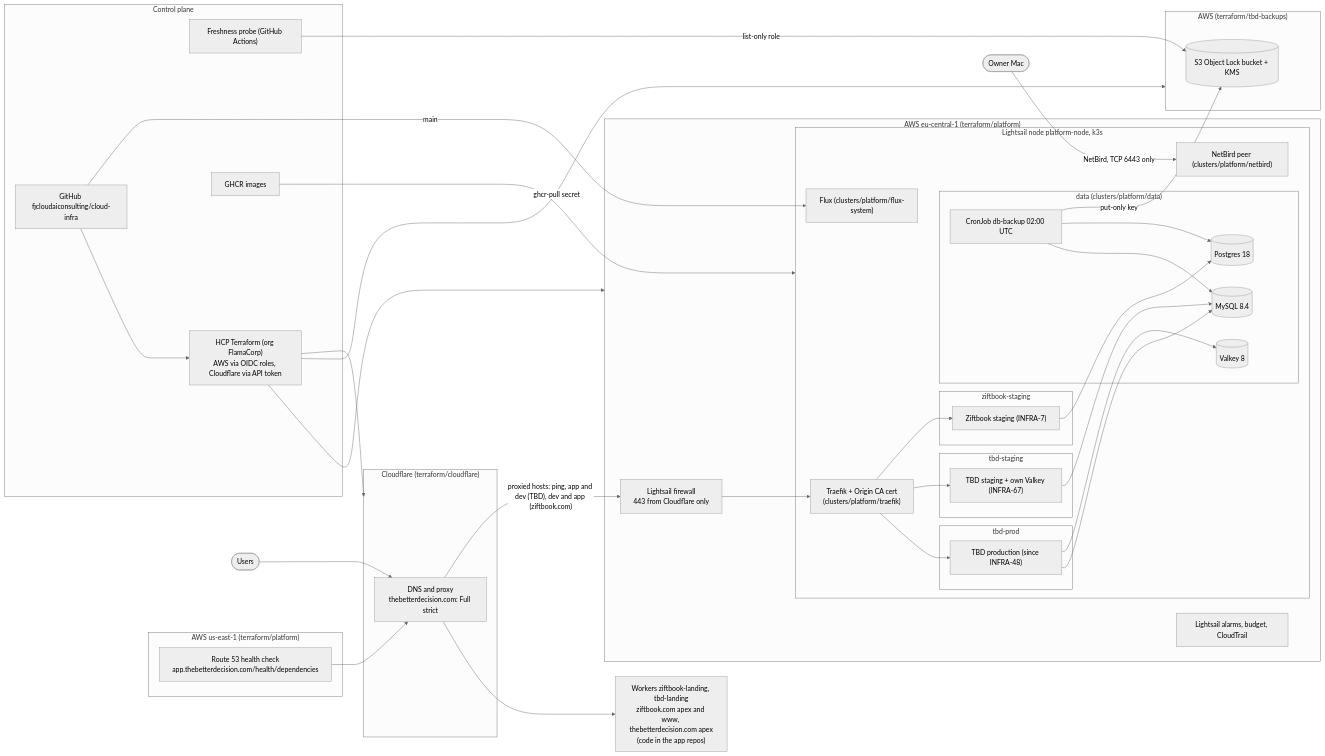
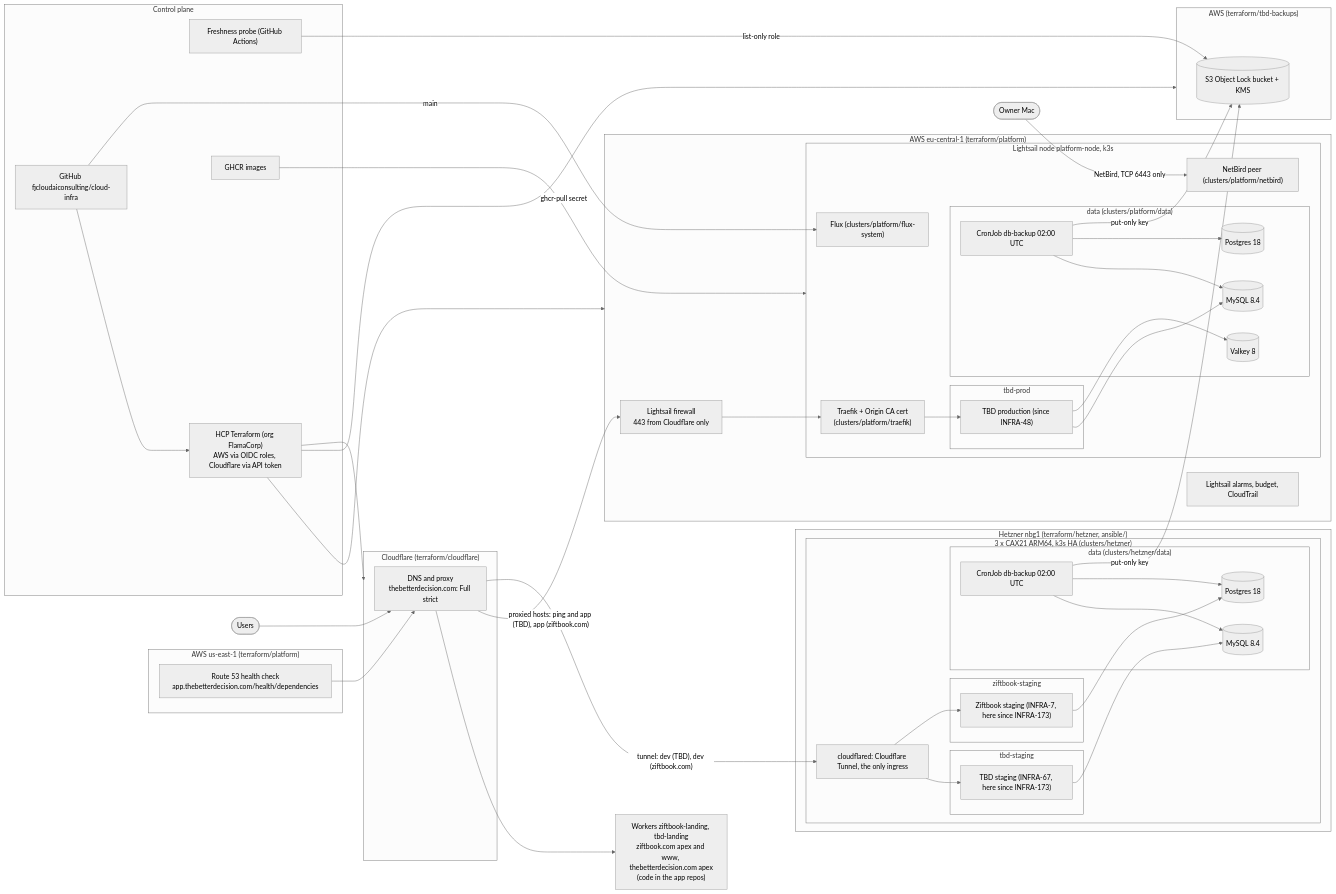
One commit to fjcloudaiconsulting/aws-infra changed the diagram in docs/architecture.md. Above: the diagram before and after it, drawn with Mermaid (neutral theme). The commit also changed other lines of this file and 20 other files, not shown here.

````diff
--- a/docs/architecture.md
+++ b/docs/architecture.md
@@ -7,63 +7,76 @@
 ```mermaid
 flowchart LR
   user([Users]) --> cf
 
   subgraph cloudflare["Cloudflare (terraform/cloudflare)"]
     cf["DNS and proxy<br/>thebetterdecision.com: Full strict"]
   end
   worker["Workers ziftbook-landing, tbd-landing<br/>ziftbook.com apex and www, thebetterdecision.com apex<br/>(code in the app repos)"]
   cf --> worker
 
   subgraph aws_platform["AWS eu-central-1 (terraform/platform)"]
     fw["Lightsail firewall<br/>443 from Cloudflare only"]
     subgraph node["Lightsail node platform-node, k3s"]
       traefik["Traefik + Origin CA cert<br/>(clusters/platform/traefik)"]
       subgraph ns_tbd["tbd-prod"]
         tbdapp["TBD production (since INFRA-48)"]
       end
-      subgraph ns_tbds["tbd-staging"]
-        tbdstg["TBD staging + own Valkey (INFRA-67)"]
-      end
-      subgraph ns_zif["ziftbook-staging"]
-        zifapp["Ziftbook staging (INFRA-7)"]
-      end
       subgraph ns_data["data (clusters/platform/data)"]
         mysql[("MySQL 8.4")]
         postgres[("Postgres 18")]
         valkey[("Valkey 8")]
         backup["CronJob db-backup 02:00 UTC"]
       end
       flux["Flux (clusters/platform/flux-system)"]
       netbird["NetBird peer (clusters/platform/netbird)"]
     end
     alarms["Lightsail alarms, budget, CloudTrail"]
   end
-  cf -->|"proxied hosts: ping, app and dev (TBD), dev and app (ziftbook.com)"| fw --> traefik
-  traefik --> tbdapp & tbdstg & zifapp
+  cf -->|"proxied hosts: ping and app (TBD), app (ziftbook.com)"| fw --> traefik
+  traefik --> tbdapp
   tbdapp --> mysql & valkey
-  tbdstg --> mysql
-  zifapp --> postgres
   backup --> mysql & postgres
+
+  subgraph hetzner["Hetzner nbg1 (terraform/hetzner, ansible/)"]
+    subgraph hk3s["3 x CAX21 ARM64, k3s HA (clusters/hetzner)"]
+      cfd["cloudflared: Cloudflare Tunnel, the only ingress"]
+      subgraph ns_tbds["tbd-staging"]
+        tbdstg["TBD staging (INFRA-67, here since INFRA-173)"]
+      end
+      subgraph ns_zif["ziftbook-staging"]
+        zifapp["Ziftbook staging (INFRA-7, here since INFRA-173)"]
+      end
+      subgraph hdata["data (clusters/hetzner/data)"]
+        hmysql[("MySQL 8.4")]
+        hpostgres[("Postgres 18")]
+        hbackup["CronJob db-backup 02:00 UTC"]
+      end
+    end
+  end
+  cf -->|"tunnel: dev (TBD), dev (ziftbook.com)"| cfd --> tbdstg & zifapp
+  tbdstg --> hmysql
+  zifapp --> hpostgres
+  hbackup --> hmysql & hpostgres
 
   subgraph aws_backups["AWS (terraform/tbd-backups)"]
     bucket[("S3 Object Lock bucket + KMS")]
   end
-  backup -->|"put-only key"| bucket
+  backup & hbackup -->|"put-only key"| bucket
   probe -->|"list-only role"| bucket
 
   subgraph useast["AWS us-east-1 (terraform/platform)"]
     hc["Route 53 health check<br/>app.thebetterdecision.com/health/dependencies"]
   end
   hc --> cf
 
   subgraph control["Control plane"]
     gh["GitHub fjcloudaiconsulting/cloud-infra"]
     tfc["HCP Terraform (org FlamaCorp)<br/>AWS via OIDC roles, Cloudflare via API token"]
     ghcr["GHCR images"]
     probe["Freshness probe (GitHub Actions)"]
   end
   gh --> tfc --> aws_platform & aws_backups & cloudflare
   gh -->|"main"| flux
   ghcr -->|"ghcr-pull secret"| node
   owner([Owner Mac]) -->|"NetBird, TCP 6443 only"| netbird
 ```
````
